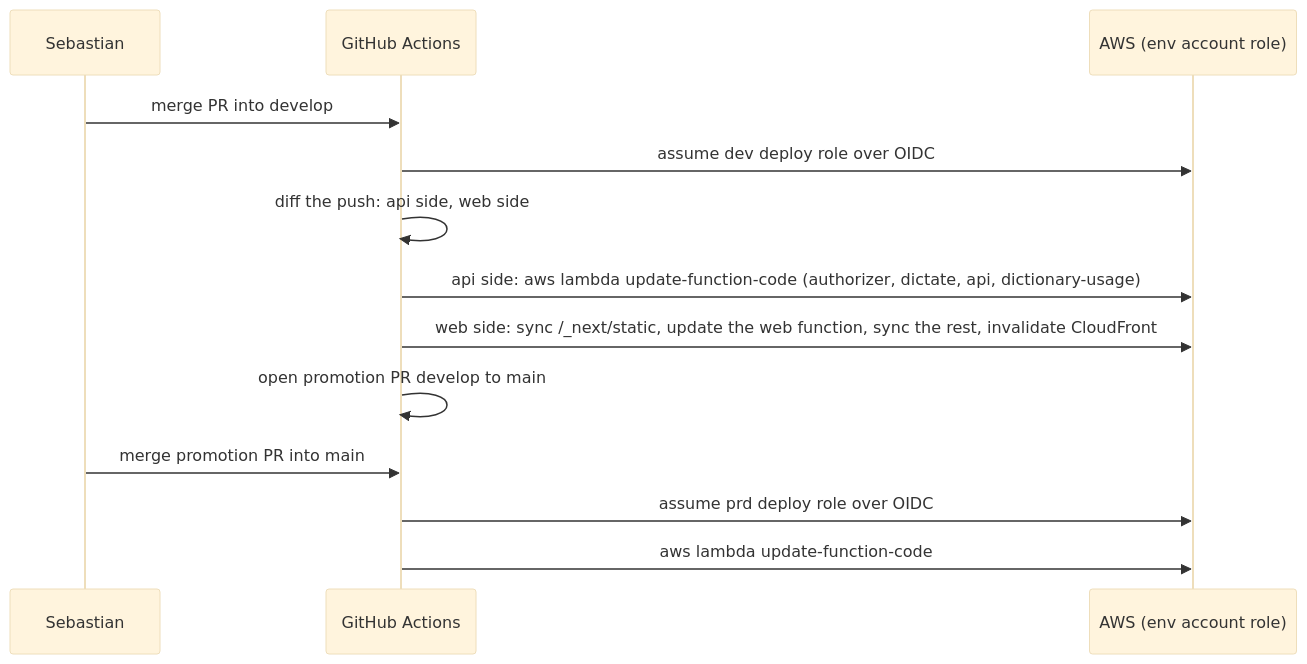
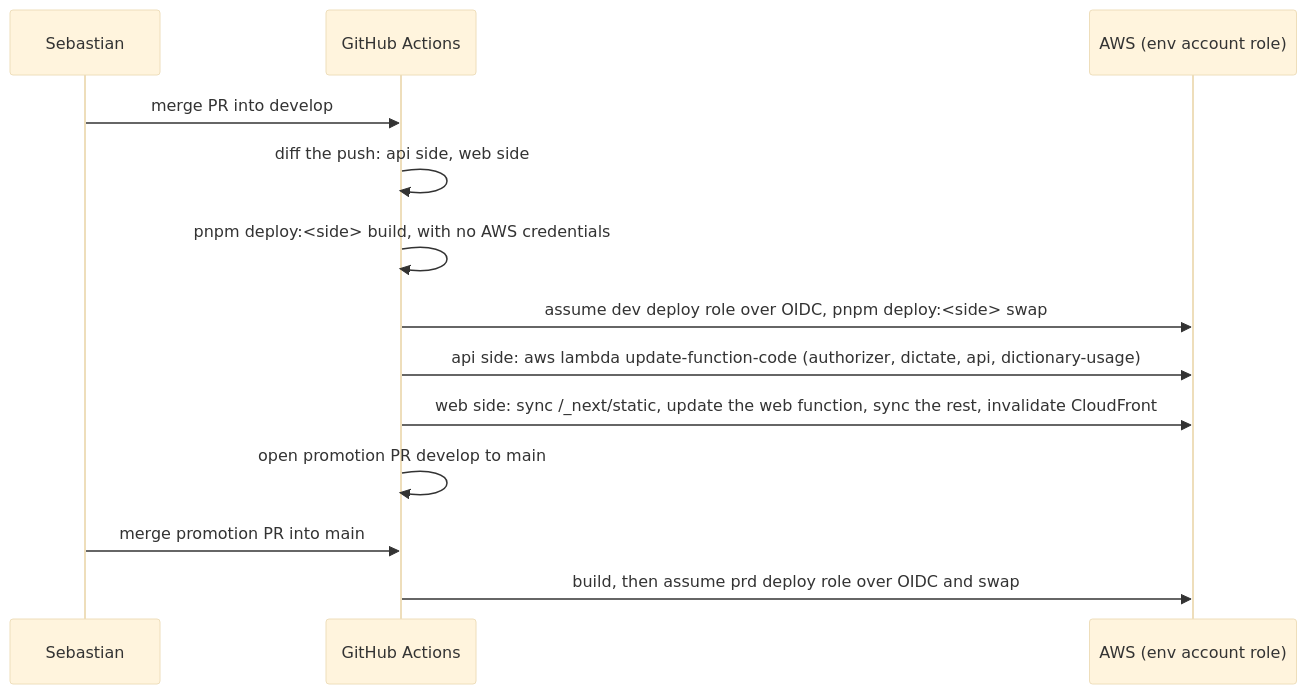
The first of 2 diagrams in docs/modules/infra/flows.md (sebasfles/take-my-word), drawn with Mermaid (base theme) before and after one commit. The commit also changed other lines of this file and 15 other files, not shown here.

````diff
--- a/docs/modules/infra/flows.md
+++ b/docs/modules/infra/flows.md
@@ -14,15 +14,15 @@
 ```mermaid
 sequenceDiagram
   participant S as Sebastian
   participant G as GitHub Actions
   participant A as AWS (env account role)
   S->>G: merge PR into develop
-  G->>A: assume dev deploy role over OIDC
   G->>G: diff the push: api side, web side
+  G->>G: pnpm deploy:<side> build, with no AWS credentials
+  G->>A: assume dev deploy role over OIDC, pnpm deploy:<side> swap
   G->>A: api side: aws lambda update-function-code (authorizer, dictate, api, dictionary-usage)
   G->>A: web side: sync /_next/static, update the web function, sync the rest, invalidate CloudFront
   G->>G: open promotion PR develop to main
   S->>G: merge promotion PR into main
-  G->>A: assume prd deploy role over OIDC
-  G->>A: aws lambda update-function-code
+  G->>A: build, then assume prd deploy role over OIDC and swap
 ```
````
